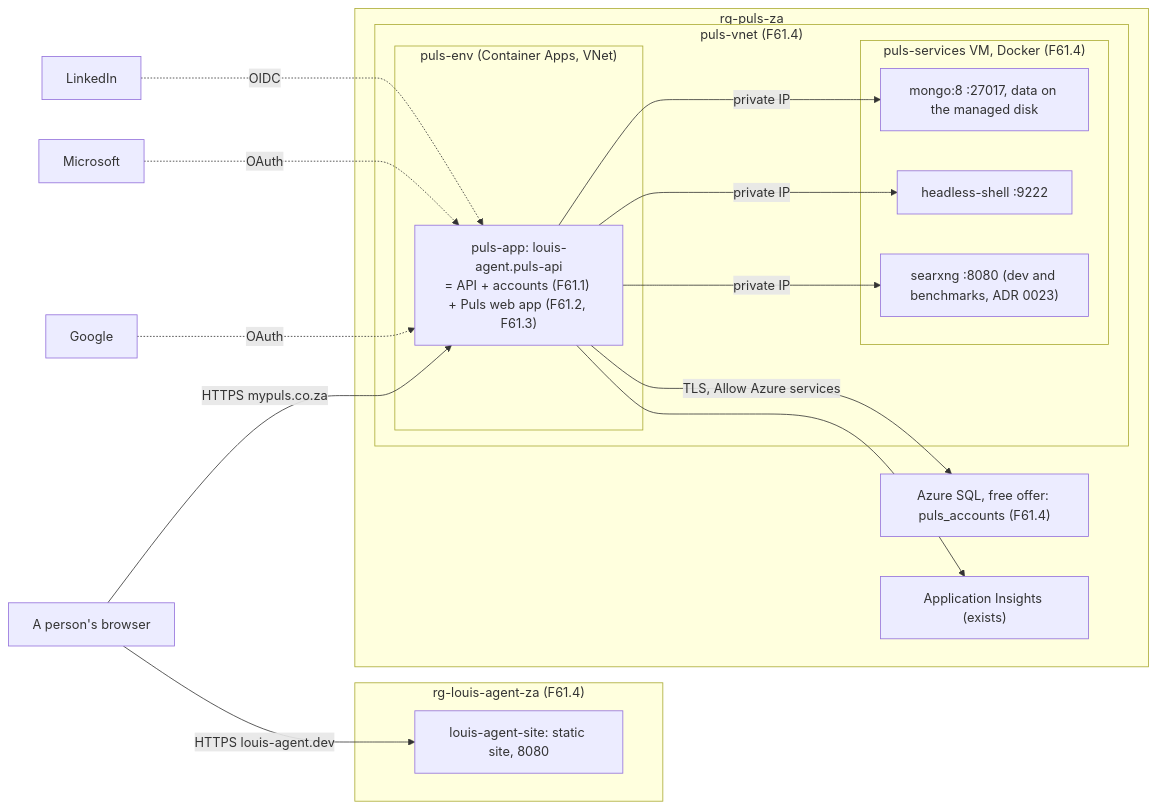
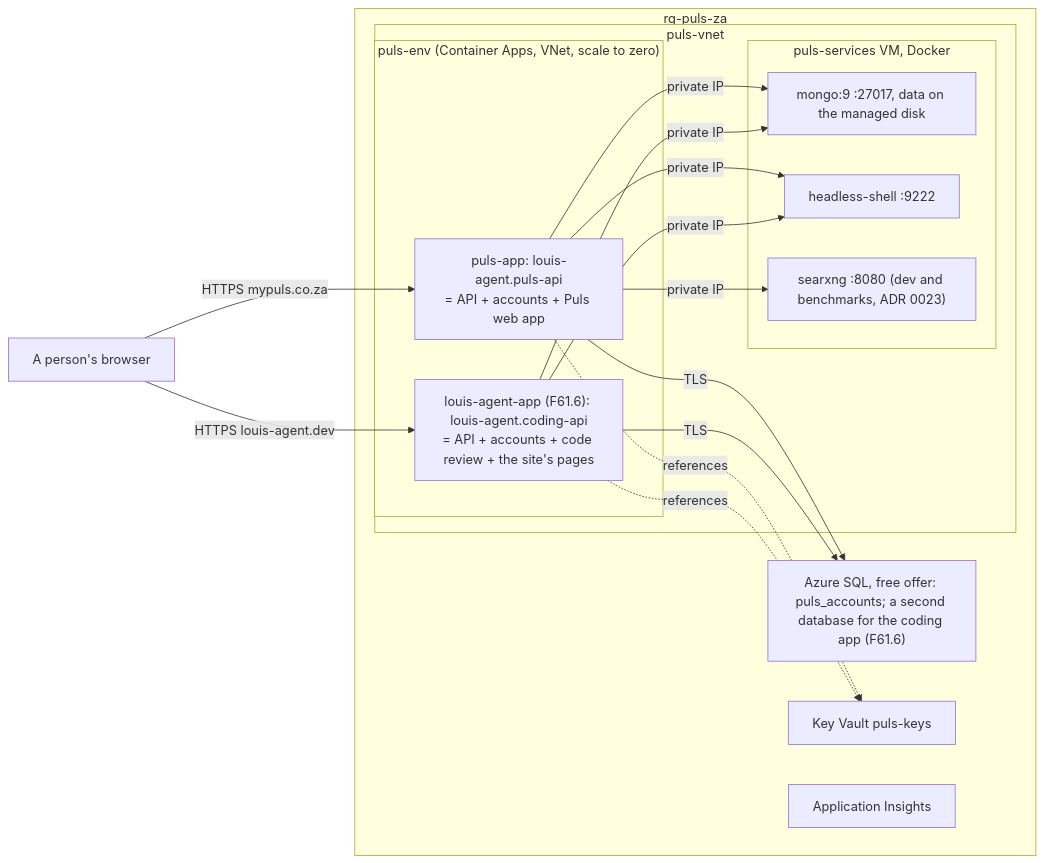
One commit to bosbevk/louis-agent changed the diagram in src/docs/plans/F61-accounts-and-azure.md. Above: the diagram before and after it, drawn with Mermaid. The commit also changed other lines of this file and 3 other files, not shown here.

````diff
--- a/src/docs/plans/F61-accounts-and-azure.md
+++ b/src/docs/plans/F61-accounts-and-azure.md
@@ -206,30 +75,30 @@
 ```mermaid
 flowchart LR
     user["A person's browser"] -->|HTTPS mypuls.co.za| pulsapp
-    user -->|HTTPS louis-agent.dev| site
-    subgraph rgla["rg-louis-agent-za (F61.4)"]
-        site["louis-agent-site: static site, 8080"]
-    end
+    user -->|HTTPS louis-agent.dev| codingapp
     subgraph rgp["rg-puls-za"]
-        subgraph vnet["puls-vnet (F61.4)"]
-            subgraph env["puls-env (Container Apps, VNet)"]
-                pulsapp["puls-app: louis-agent.puls-api\n= API + accounts (F61.1) + Puls web app (F61.2, F61.3)"]
+        subgraph vnet["puls-vnet"]
+            subgraph env["puls-env (Container Apps, VNet, scale to zero)"]
+                pulsapp["puls-app: louis-agent.puls-api\n= API + accounts + Puls web app"]
+                codingapp["louis-agent-app (F61.6): louis-agent.coding-api\n= API + accounts + code review + the site's pages"]
             end
-            subgraph vm["puls-services VM, Docker (F61.4)"]
-                mongo["mongo:8 :27017, data on the managed disk"]
+            subgraph vm["puls-services VM, Docker"]
+                mongo["mongo:9 :27017, data on the managed disk"]
                 chrome["headless-shell :9222"]
                 searxng["searxng :8080 (dev and benchmarks, ADR 0023)"]
             end
         end
-        sql["Azure SQL, free offer: puls_accounts (F61.4)"]
-        insights["Application Insights (exists)"]
+        sql["Azure SQL, free offer: puls_accounts; a second database for the coding app (F61.6)"]
+        vault["Key Vault puls-keys"]
+        insights["Application Insights"]
     end
     pulsapp -->|private IP| mongo
     pulsapp -->|private IP| chrome
     pulsapp -->|private IP| searxng
-    pulsapp -->|TLS, Allow Azure services| sql
-    pulsapp --> insights
-    google["Google"] -.->|OAuth| pulsapp
-    ms["Microsoft"] -.->|OAuth| pulsapp
-    li["LinkedIn"] -.->|OIDC| pulsapp
+    codingapp -->|private IP| mongo
+    codingapp -->|private IP| chrome
+    pulsapp -->|TLS| sql
+    codingapp -->|TLS| sql
+    pulsapp -.->|references| vault
+    codingapp -.->|references| vault
 ```
````
